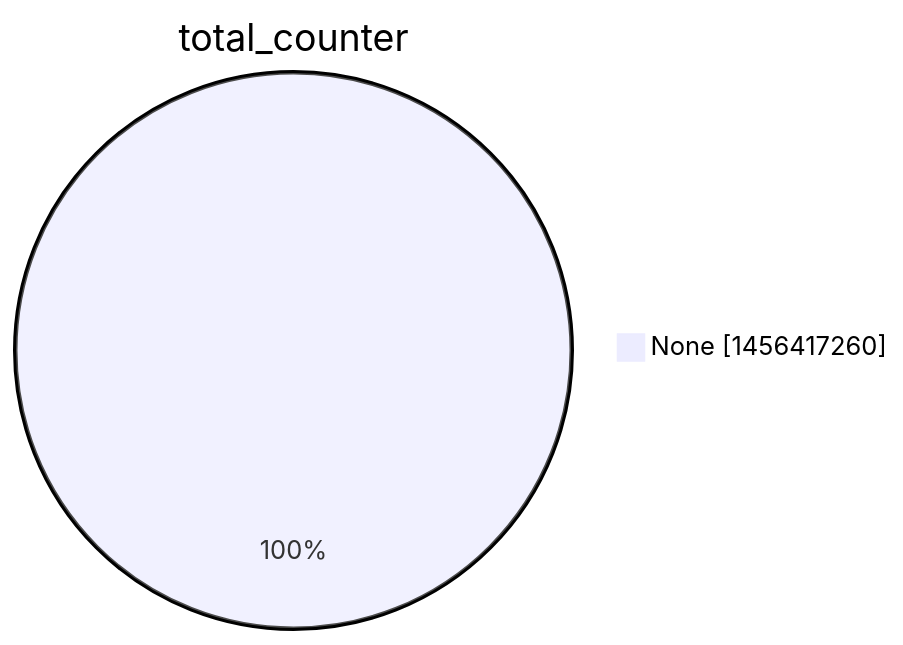
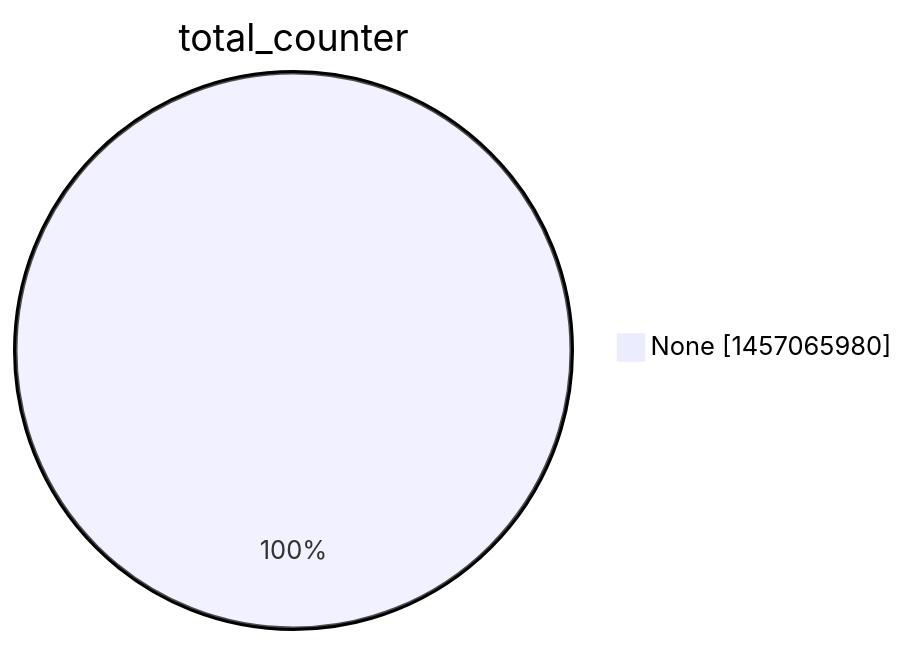
The second of 15 diagrams in argon2022/README.md (christiankrug/ctmonitor_visualization), drawn with Mermaid before and after one commit. The commit also changed other lines of this file, not shown here.

````diff
--- a/argon2022/README.md
+++ b/argon2022/README.md
@@ -9,5 +9,5 @@
 ```mermaid
 pie showData
 title total_counter
-"None" :1456417260
+"None" :1457065980
 ```
````
